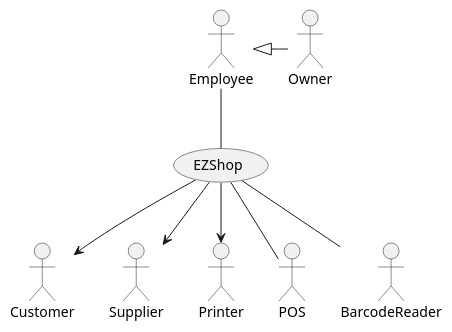
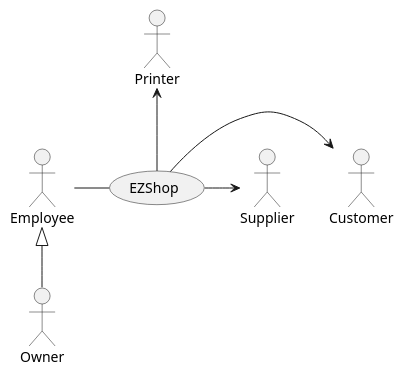
Before and after one commit to thegabriele97/EzShop: the diagram in Deliverables/RequirementsDocument.md, drawn with PlantUML. The commit also changed other lines of this file, not shown here.

Commit message:
[docs]: Update RequirementsDocument.md

````diff
--- a/Deliverables/RequirementsDocument.md
+++ b/Deliverables/RequirementsDocument.md
@@ -58,22 +58,17 @@
 ```plantuml
 Actor Owner
 Actor Employee
 Actor Customer
 Actor Supplier
 
 Actor Printer
-Actor POS 
-Actor BarcodeReader
 
 usecase EZShop
 
-Employee -- EZShop
-Owner -left-|> Employee
+Employee -right- EZShop
+Owner -up-|> Employee
 
-EZShop --> Customer
-EZShop --> Supplier
-EZShop --> Printer
-
-EZShop -- POS
-EZShop -- BarcodeReader
+EZShop -right-> Customer
+EZShop -right-> Supplier
+EZShop -up-> Printer
 ```
````
